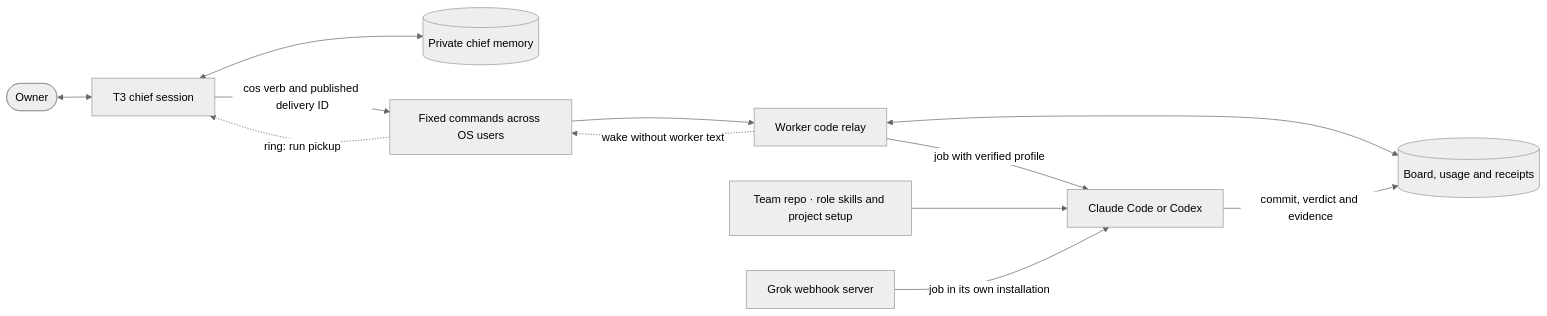
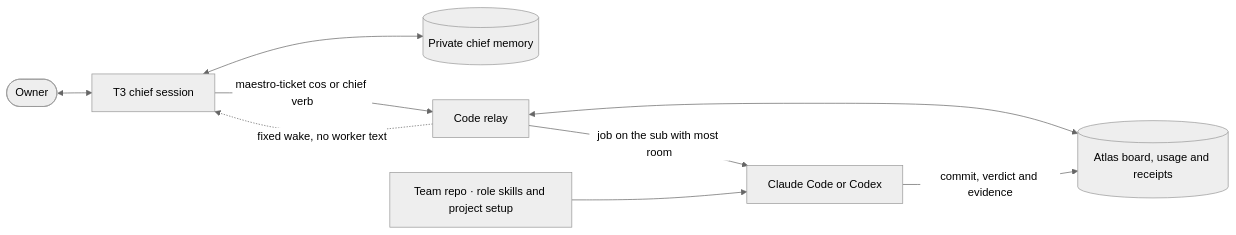
The second of 2 diagrams in README.md (ProlesDei/maestro), drawn with Mermaid (neutral theme) before and after one commit. The commit also changed other lines of this file and 80 other files, not shown here.

````diff
--- a/README.md
+++ b/README.md
@@ -113,14 +113,11 @@
 ```mermaid
 flowchart LR
     Owner([Owner]) <--> Chief["T3 chief session"]
     Chief <--> Private[("Private chief memory")]
-    Chief -->|"cos verb and published delivery ID"| Door["Fixed commands across OS users"]
-    Door --> Relay["Worker code relay"]
-    Relay -.->|"wake without worker text"| Door
-    Door -.->|"ring: run pickup"| Chief
-    Relay <--> Board[("Board, usage and receipts")]
-    Relay -->|"job with verified profile"| Harness["Claude Code or Codex"]
+    Chief -->|"maestro-ticket cos or chief verb"| Relay["Code relay"]
+    Relay -.->|"fixed wake, no worker text"| Chief
+    Relay <--> Board[("Atlas board, usage and receipts")]
+    Relay -->|"job on the sub with most room"| Harness["Claude Code or Codex"]
     Repo["Team repo · role skills and project setup"] --> Harness
     Harness -->|"commit, verdict and evidence"| Board
-    Hook["Grok webhook server"] -->|"job in its own installation"| Harness
 ```
````
